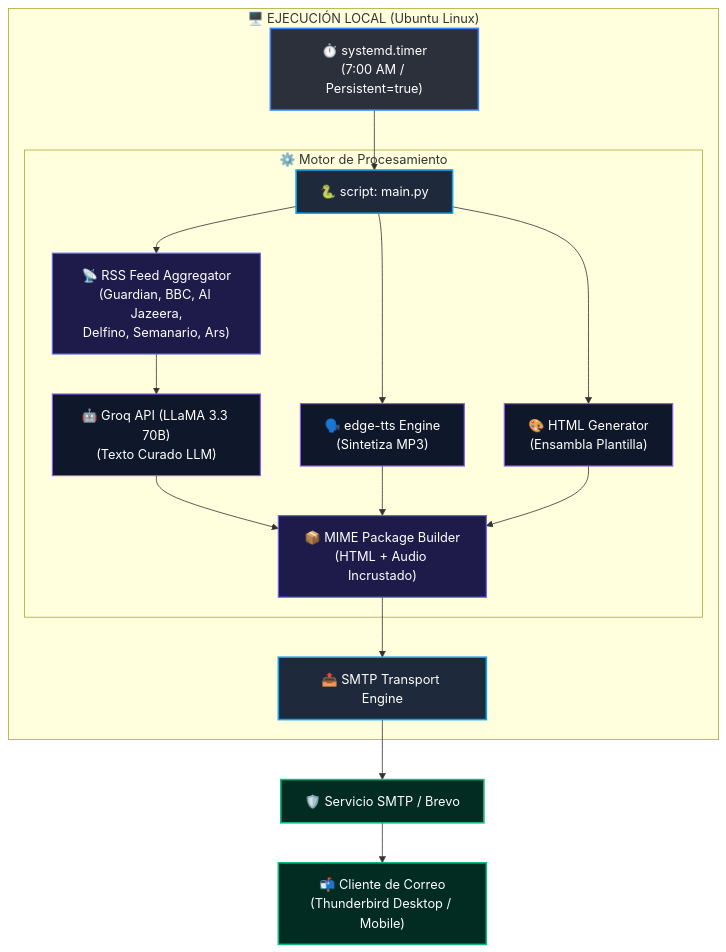
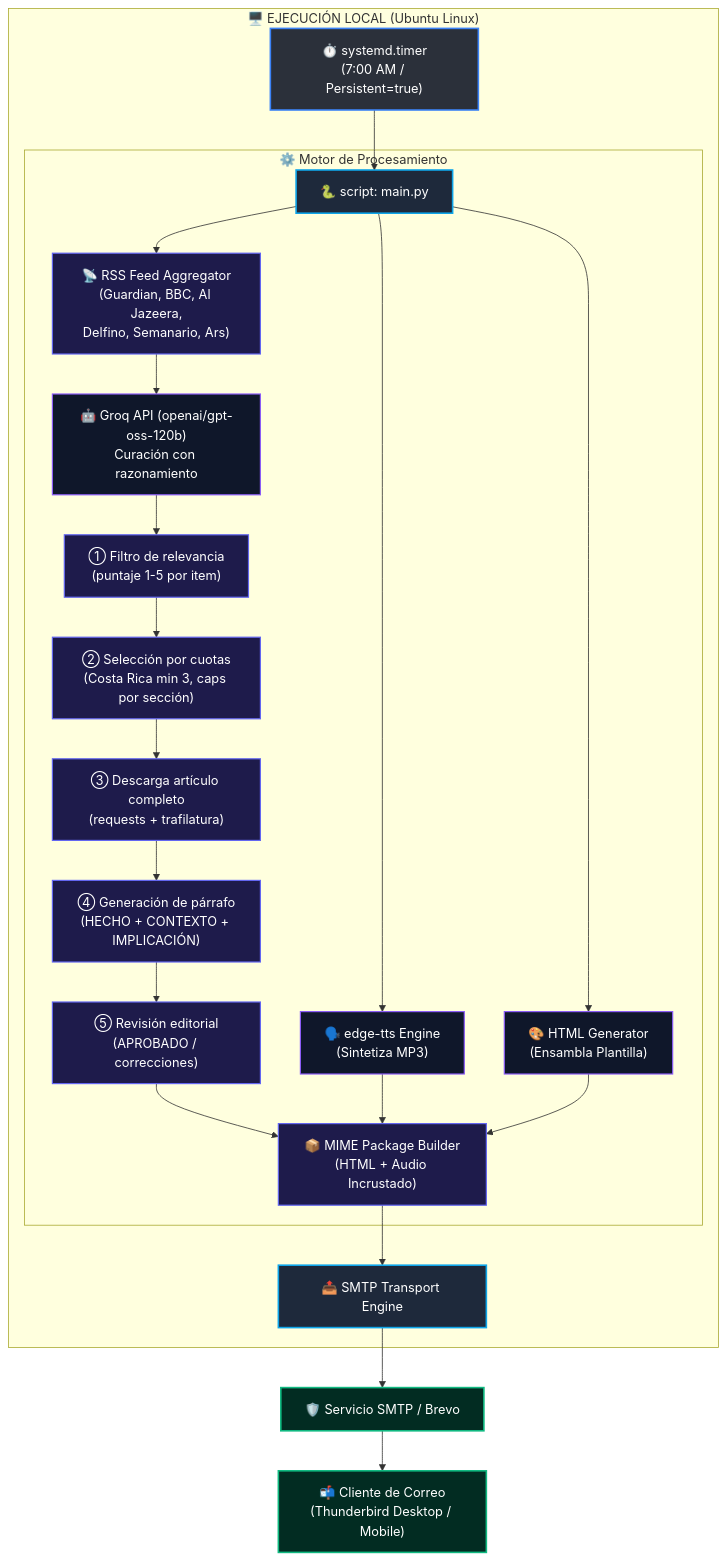
The diagram in BLUEPRINT.md (rodneyara-live/digest13), drawn with Mermaid before and after one commit. The commit also changed other lines of this file and 13 other files, not shown here.

Commit message:
Puntaje de relevancia 1-5, cuotas por sección, fix gzip Semanario, modelo openai/gpt-oss-120b

````diff
--- a/BLUEPRINT.md
+++ b/BLUEPRINT.md
@@ -11,29 +11,34 @@
 ```mermaid
 flowchart TD
     %% Estilos de Nodos
     classDef systemd fill:#2b303a,stroke:#3b82f6,stroke-width:2px,color:#fff
     classDef script fill:#1e293b,stroke:#0ea5e9,stroke-width:2px,color:#fff
     classDef api fill:#0f172a,stroke:#8b5cf6,stroke-width:1.5px,color:#fff
     classDef process fill:#1e1b4b,stroke:#6366f1,stroke-width:1.5px,color:#fff
     classDef client fill:#022c22,stroke:#10b981,stroke-width:2px,color:#fff
 
     subgraph OS ["🖥️ EJECUCIÓN LOCAL (Ubuntu Linux)"]
         A["⏱️ systemd.timer<br/>(7:00 AM / Persistent=true)"]:::systemd --> B["🐍 script: main.py"]:::script
 
         subgraph Pipeline ["⚙️ Motor de Procesamiento"]
             B --> C["📡 RSS Feed Aggregator<br/>(Guardian, BBC, Al Jazeera,<br/>Delfino, Semanario, Ars)"]:::process
-            C --> D["🤖 Groq API (LLaMA 3.3 70B)<br/>(Texto Curado LLM)"]:::api
+            C --> D["🤖 Groq API (openai/gpt-oss-120b)<br/>Curación con razonamiento"]:::api
+            D --> D1["① Filtro de relevancia<br/>(puntaje 1-5 por item)"]:::process
+            D1 --> D2["② Selección por cuotas<br/>(Costa Rica min 3, caps por sección)"]:::process
+            D2 --> D3["③ Descarga artículo completo<br/>(requests + trafilatura)"]:::process
+            D3 --> D4["④ Generación de párrafo<br/>(HECHO + CONTEXTO + IMPLICACIÓN)"]:::process
+            D4 --> D5["⑤ Revisión editorial<br/>(APROBADO / correcciones)"]:::process
             B --> E["🗣️ edge-tts Engine<br/>(Sintetiza MP3)"]:::api
             B --> F["🎨 HTML Generator<br/>(Ensambla Plantilla)"]:::api
 
-            D --> G["📦 MIME Package Builder<br/>(HTML + Audio Incrustado)"]:::process
+            D5 --> G["📦 MIME Package Builder<br/>(HTML + Audio Incrustado)"]:::process
             E --> G
             F --> G
         end
 
         G --> H["📤 SMTP Transport Engine"]:::script
     end
 
     H --> I["🛡️ Servicio SMTP / Brevo"]:::client
     I --> J["📬 Cliente de Correo<br/>(Thunderbird Desktop / Mobile)"]:::client
 ```
````
